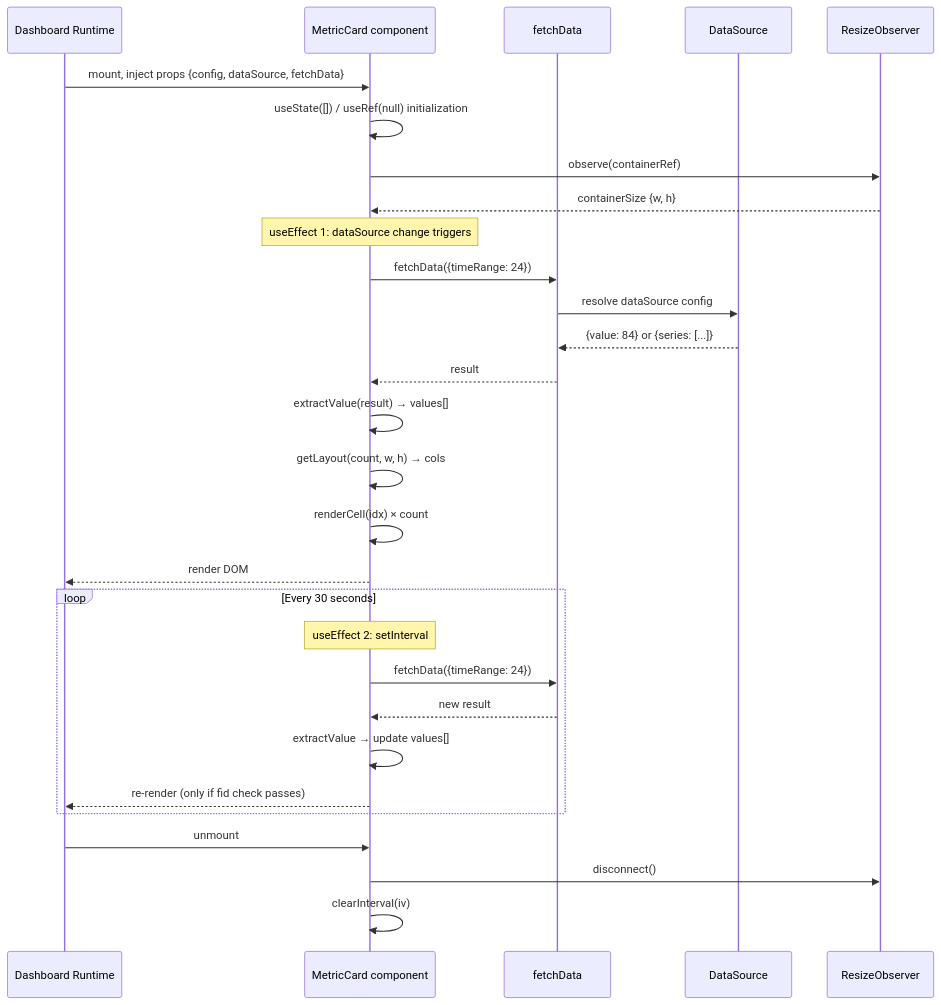
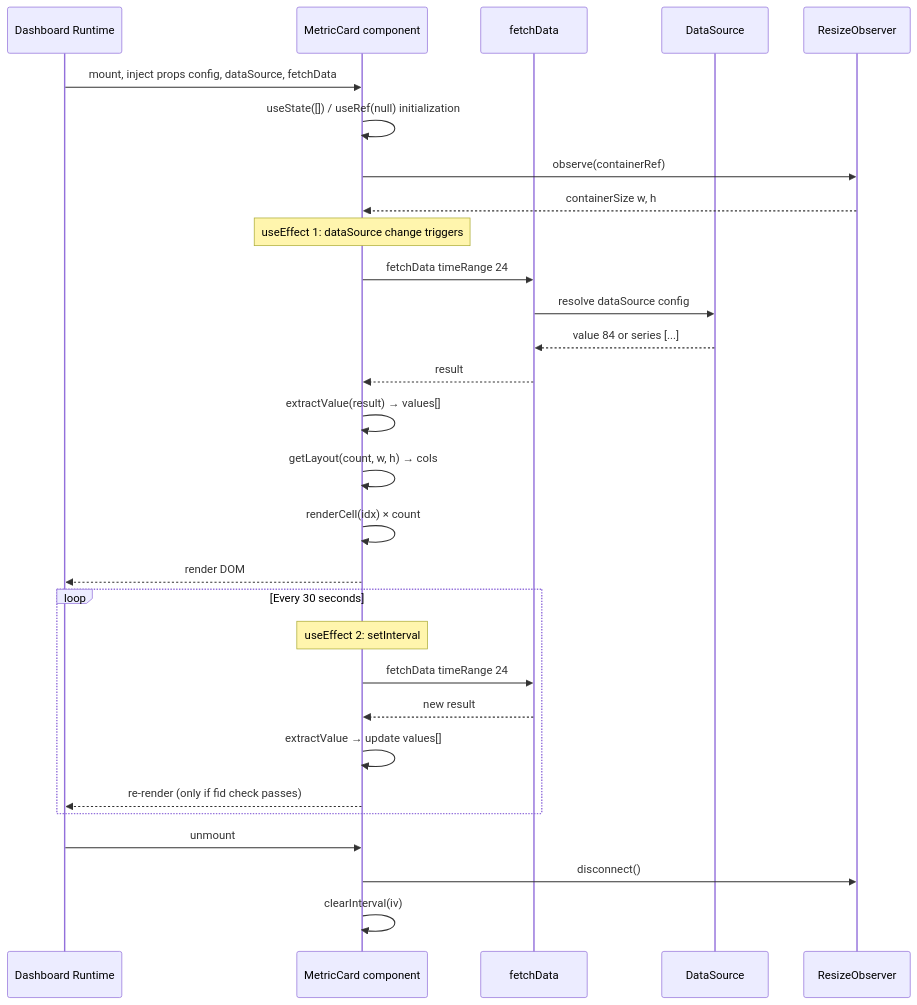
One commit to luommy/wiki-documents changed the second of 2 diagrams in i18n/en/docusaurus-plugin-content-docs/current/0-neomind/developer-guide/case-studies/6-metric-card-component.md. Above: the diagram before and after it, drawn with Mermaid. The commit also changed 32 other files, not shown here.

First line of the commit message:
docs(neomind/case-studies): 修复 Mermaid 解析错误、内联枚举、NE101 虚构指令

````diff
--- a/i18n/en/docusaurus-plugin-content-docs/current/0-neomind/developer-guide/case-studies/6-metric-card-component.md
+++ b/i18n/en/docusaurus-plugin-content-docs/current/0-neomind/developer-guide/case-studies/6-metric-card-component.md
@@ -358,35 +358,35 @@
 ```mermaid
 sequenceDiagram
     participant RT as Dashboard Runtime
     participant MC as MetricCard component
     participant FD as fetchData
     participant DS as DataSource
     participant RO as ResizeObserver
 
-    RT->>MC: mount, inject props {config, dataSource, fetchData}
+    RT->>MC: mount, inject props config, dataSource, fetchData
     MC->>MC: useState([]) / useRef(null) initialization
     MC->>RO: observe(containerRef)
-    RO-->>MC: containerSize {w, h}
+    RO-->>MC: containerSize w, h
 
     Note over MC: useEffect 1: dataSource change triggers
-    MC->>FD: fetchData({timeRange: 24})
+    MC->>FD: fetchData timeRange 24
     FD->>DS: resolve dataSource config
-    DS-->>FD: {value: 84} or {series: [...]}
+    DS-->>FD: value 84 or series [...]
     FD-->>MC: result
     MC->>MC: extractValue(result) → values[]
     MC->>MC: getLayout(count, w, h) → cols
     MC->>MC: renderCell(idx) × count
     MC-->>RT: render DOM
 
     loop Every 30 seconds
         Note over MC: useEffect 2: setInterval
-        MC->>FD: fetchData({timeRange: 24})
+        MC->>FD: fetchData timeRange 24
         FD-->>MC: new result
         MC->>MC: extractValue → update values[]
         MC-->>RT: re-render (only if fid check passes)
     end
 
     RT->>MC: unmount
     MC->>RO: disconnect()
     MC->>MC: clearInterval(iv)
 ```
````
